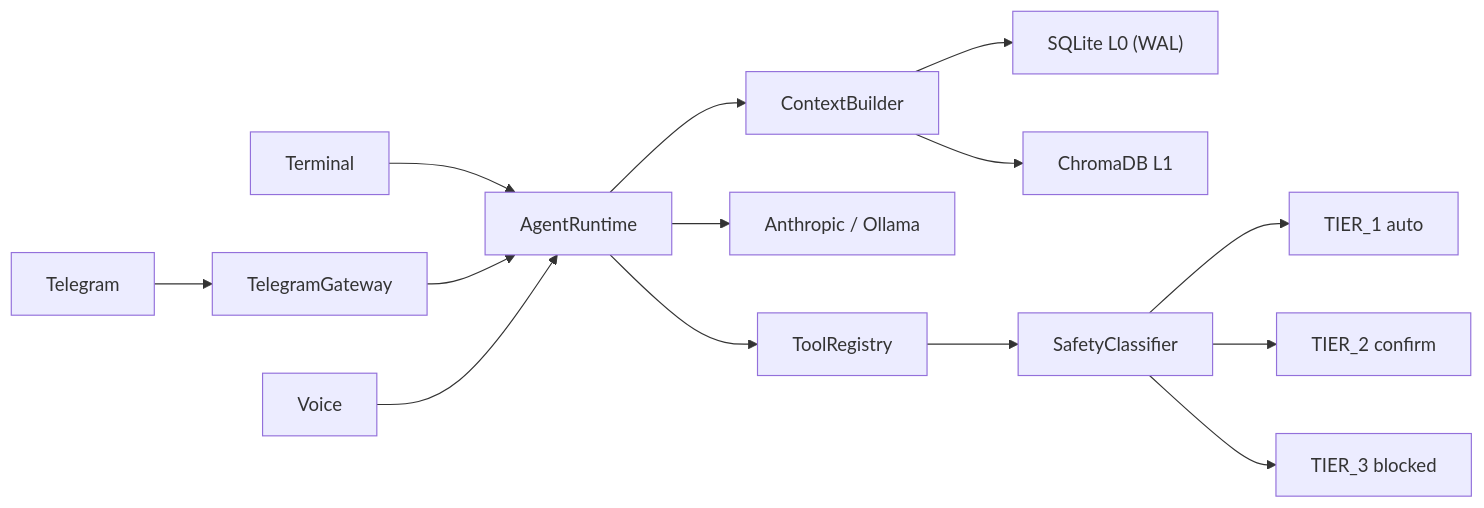
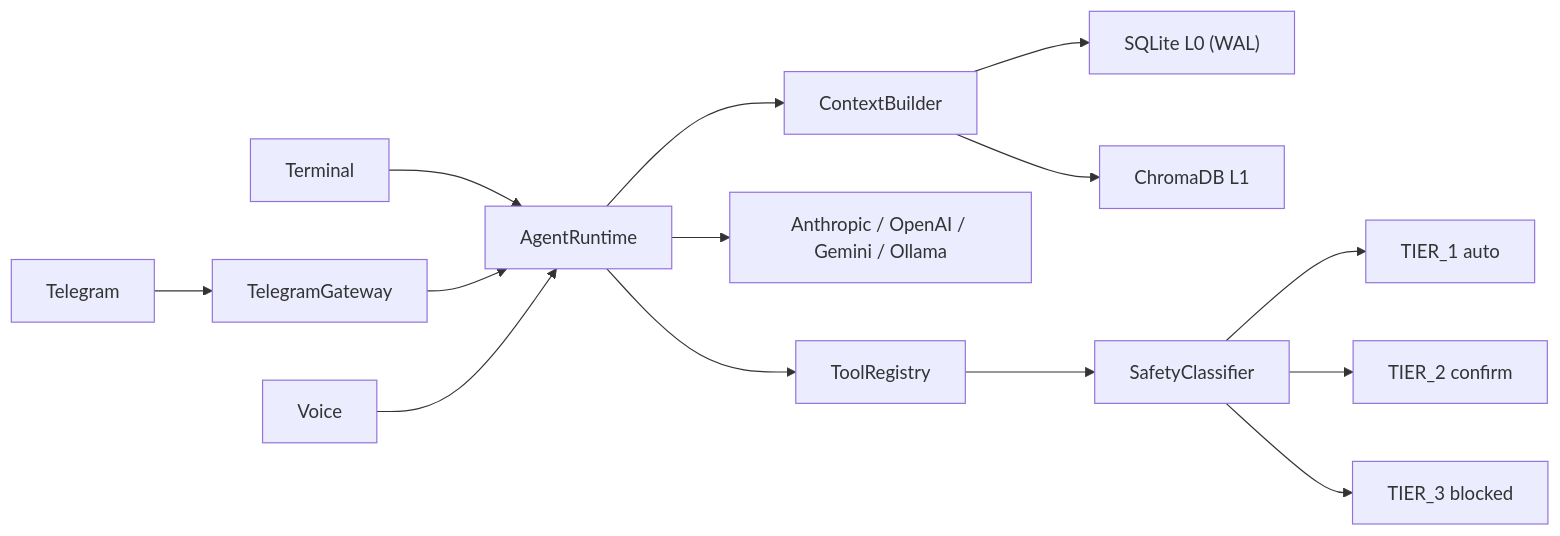
Before and after one commit to ign24/emergent: the diagram in README.md, drawn with Mermaid. The commit also changed other lines of this file and 21 other files, not shown here.

Commit message:
feat(runtime): improve channels, guards, and session memory flow

````diff
--- a/README.md
+++ b/README.md
@@ -30,15 +30,15 @@
 ```mermaid
 flowchart LR
   Terminal --> AgentRuntime
   Telegram --> TelegramGateway --> AgentRuntime
   Voice --> AgentRuntime
   AgentRuntime --> ContextBuilder
-  AgentRuntime --> LLMProvider["Anthropic / Ollama"]
+  AgentRuntime --> LLMProvider["Anthropic / OpenAI / Gemini / Ollama"]
   AgentRuntime --> ToolRegistry
   ContextBuilder --> SQLite["SQLite L0 (WAL)"]
   ContextBuilder --> ChromaDB["ChromaDB L1"]
   ToolRegistry --> SafetyClassifier
   SafetyClassifier --> Tier1["TIER_1 auto"]
   SafetyClassifier --> Tier2["TIER_2 confirm"]
   SafetyClassifier --> Tier3["TIER_3 blocked"]
 ```
````
